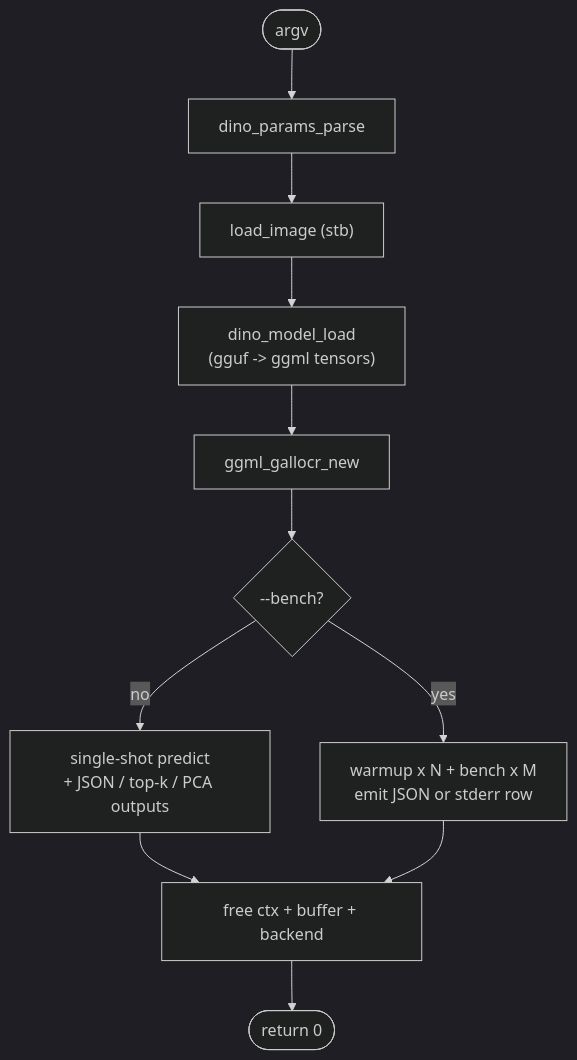
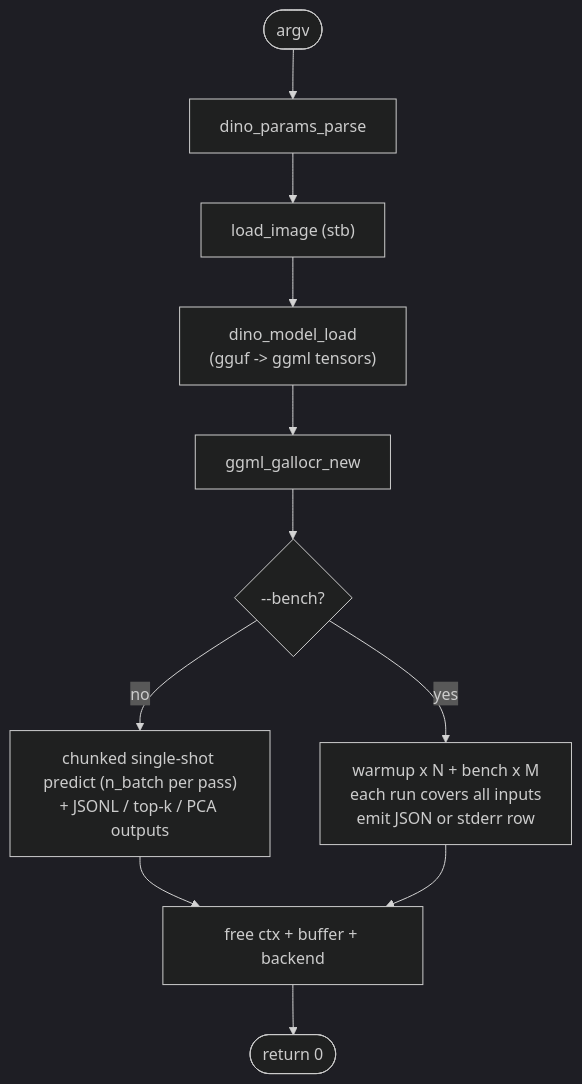
Before and after one commit to espetro/dinov2.cpp: the fourth of 4 diagrams in ARCHITECTURE.md, drawn with Mermaid (dark theme). The commit also changed other lines of this file and 3 other files, not shown here.

````diff
--- a/ARCHITECTURE.md
+++ b/ARCHITECTURE.md
@@ -181,13 +187,13 @@
 ```mermaid
 flowchart TD
     start([argv]) --> parse["dino_params_parse"]
     parse --> load_img["load_image (stb)"]
     load_img --> load_model["dino_model_load<br/>(gguf -> ggml tensors)"]
     load_model --> alloc["ggml_gallocr_new"]
     alloc --> branch{--bench?}
-    branch -- no --> single["single-shot predict<br/>+ JSON / top-k / PCA outputs"]
-    branch -- yes --> loop["warmup x N + bench x M<br/>emit JSON or stderr row"]
+    branch -- no --> single["chunked single-shot predict (n_batch per pass)<br/>+ JSONL / top-k / PCA outputs"]
+    branch -- yes --> loop["warmup x N + bench x M<br/>each run covers all inputs<br/>emit JSON or stderr row"]
     single --> cleanup["free ctx + buffer + backend"]
     loop --> cleanup
     cleanup --> exit([return 0])
 ```
````
